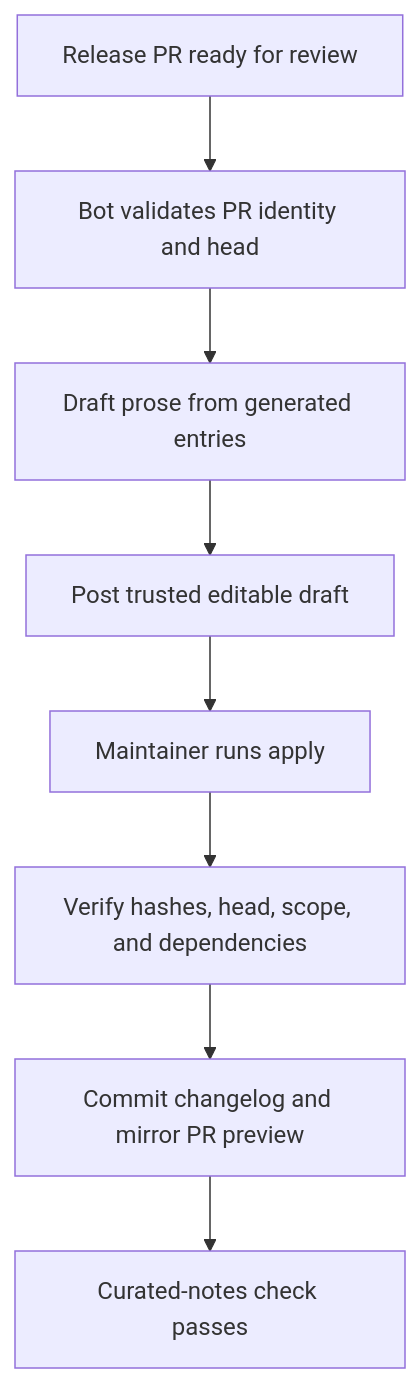
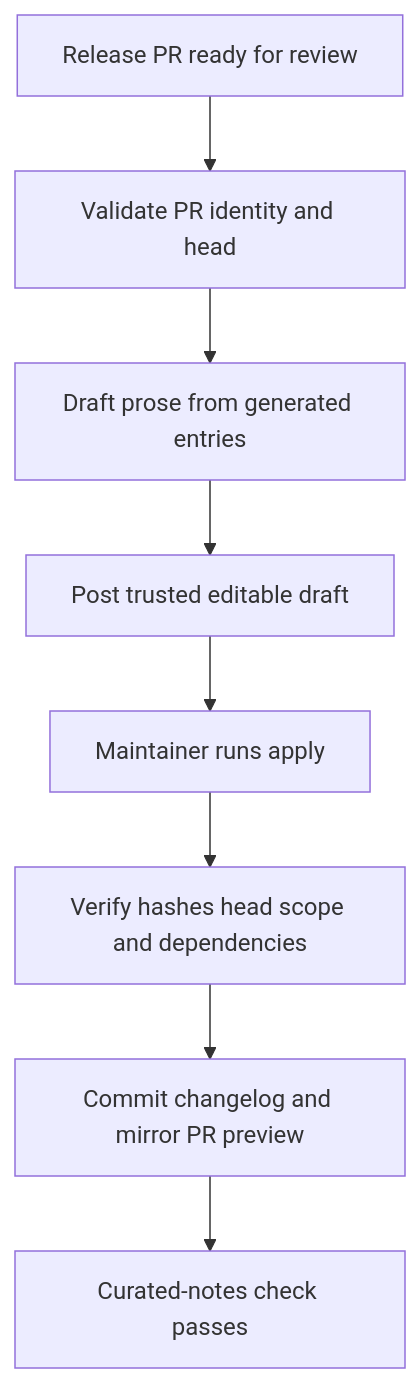
Before and after one commit to langchain-ai/deepagents: the second of 3 diagrams in openwiki/operations/development.md, drawn with Mermaid. The commit also changed other lines of this file and 34 other files, not shown here.

````diff
--- a/openwiki/operations/development.md
+++ b/openwiki/operations/development.md
@@ -139,10 +141,10 @@
 ```mermaid
 flowchart TD
-    Ready["Release PR ready for review"] --> Draft["Bot validates PR identity and head"]
+    Ready["Release PR ready for review"] --> Draft["Validate PR identity and head"]
     Draft --> Model["Draft prose from generated entries"]
     Model --> Comment["Post trusted editable draft"]
     Comment --> Apply["Maintainer runs apply"]
-    Apply --> Verify["Verify hashes, head, scope, and dependencies"]
+    Apply --> Verify["Verify hashes head scope and dependencies"]
     Verify --> Write["Commit changelog and mirror PR preview"]
     Write --> Gate["Curated-notes check passes"]
 ```
````
